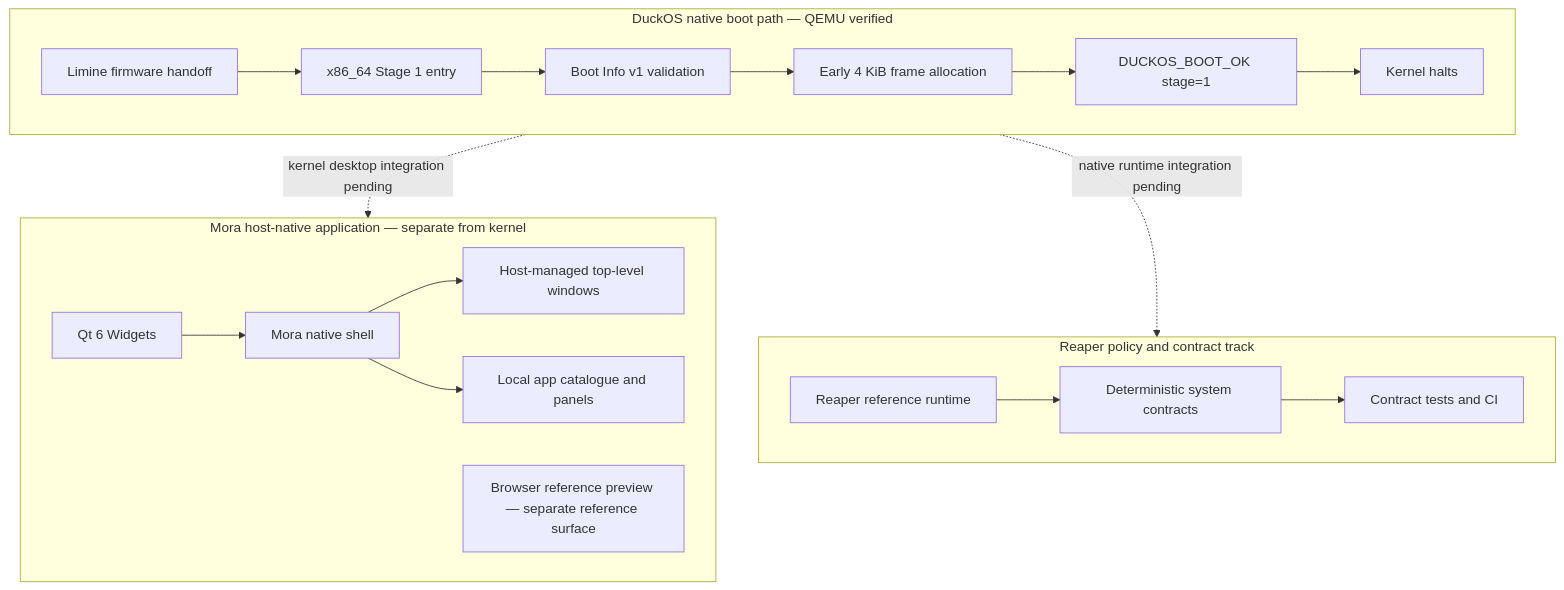
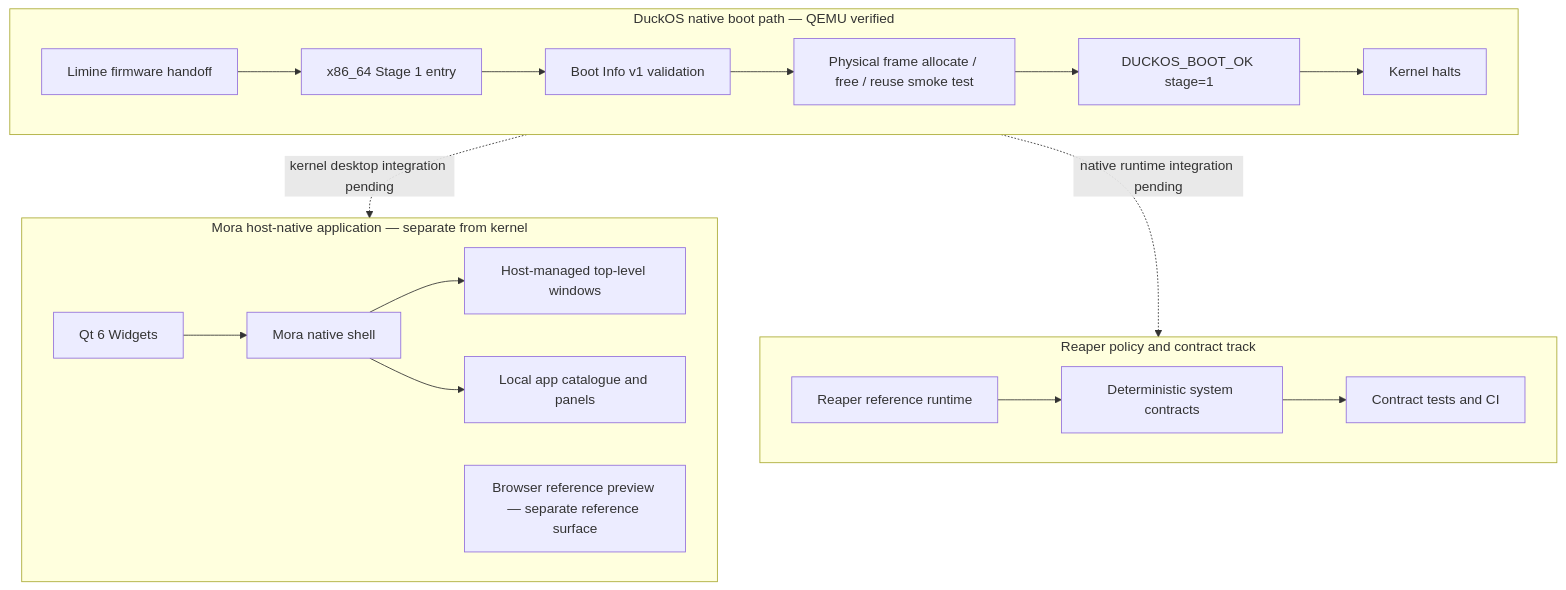
One commit to Ivan-VHS/DAK changed the diagram in README.md. Above: the diagram before and after it, drawn with Mermaid. The commit also changed other lines of this file and 10 other files, not shown here.

````diff
--- a/README.md
+++ b/README.md
@@ -26,25 +26,25 @@
 ```mermaid
 flowchart TB
   subgraph BOOT["DuckOS native boot path — QEMU verified"]
     L["Limine firmware handoff"] --> B["x86_64 Stage 1 entry"]
     B --> V["Boot Info v1 validation"]
-    V --> F["Early 4 KiB frame allocation"]
+    V --> F["Physical frame allocate / free / reuse smoke test"]
     F --> M["DUCKOS_BOOT_OK stage=1"]
     M --> H["Kernel halts"]
   end
 
   subgraph POLICY["Reaper policy and contract track"]
     R["Reaper reference runtime"] --> C["Deterministic system contracts"]
     C --> T["Contract tests and CI"]
   end
 
   subgraph HOST["Mora host-native application — separate from kernel"]
     Q["Qt 6 Widgets"] --> S["Mora native shell"]
     S --> A["Host-managed top-level windows"]
     S --> P["Local app catalogue and panels"]
     W["Browser reference preview — separate reference surface"]
   end
 
   BOOT -.->|kernel desktop integration pending| HOST
   BOOT -.->|native runtime integration pending| POLICY
 ```
````
